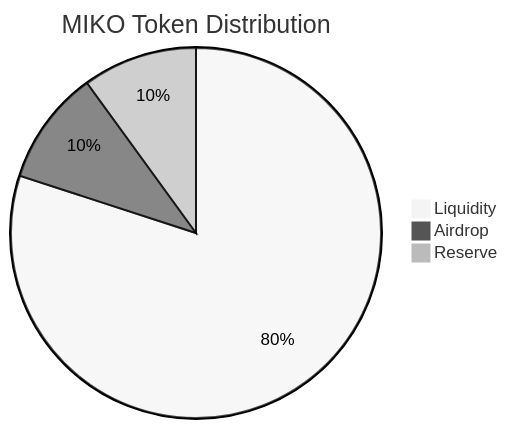
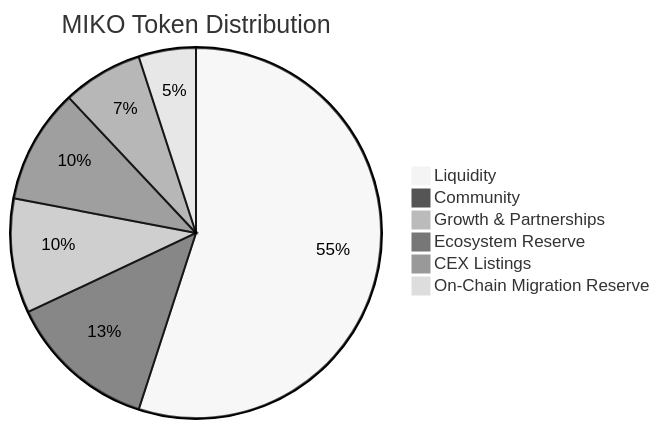
Before and after one commit to Miko-Protocol/docs: the diagram in docs/ecosystem/tokenomics-and-distribution.md, drawn with Mermaid (neutral theme). The commit also changed other lines of this file and 3 other files, not shown here.

````diff
--- a/docs/ecosystem/tokenomics-and-distribution.md
+++ b/docs/ecosystem/tokenomics-and-distribution.md
@@ -22,7 +22,10 @@
 ```mermaid
 pie
     title MIKO Token Distribution
-    "Liquidity" : 80
-    "Airdrop" : 10
-    "Reserve" : 10
+    "Liquidity" : 55
+    "Community" : 13
+    "Growth & Partnerships" : 10
+    "Ecosystem Reserve" : 10
+    "CEX Listings" : 7
+    "On-Chain Migration Reserve" : 5
 ```
````
